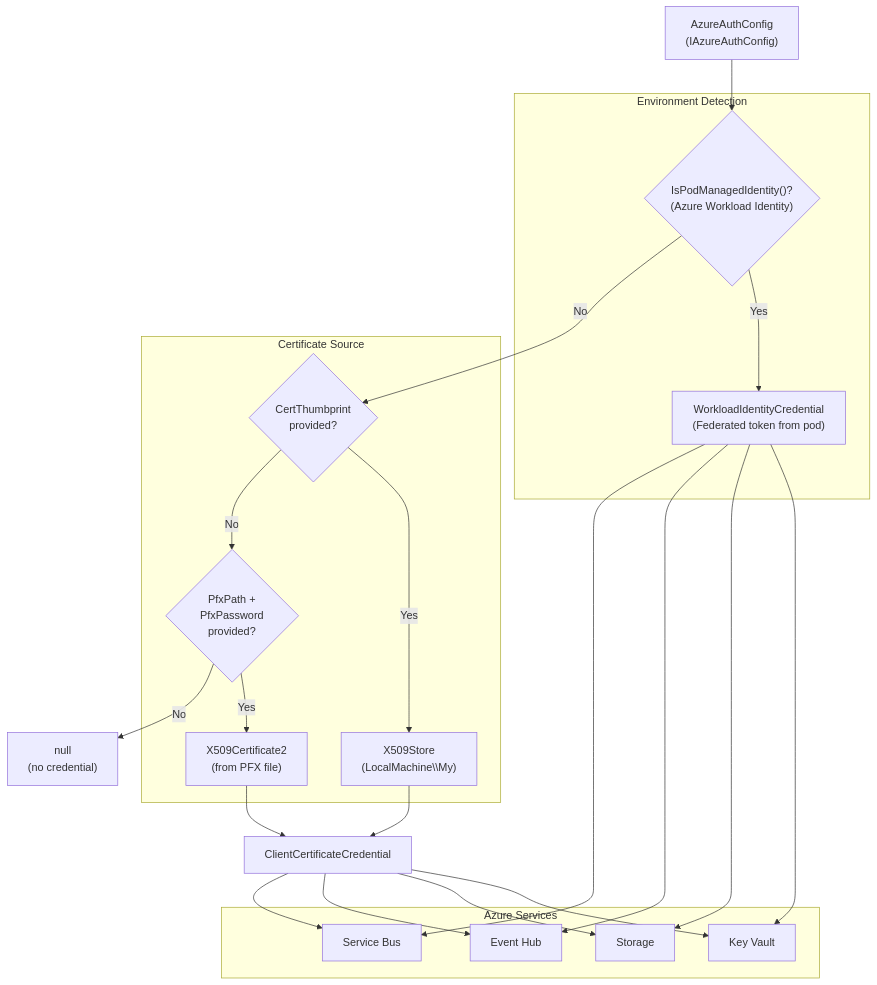
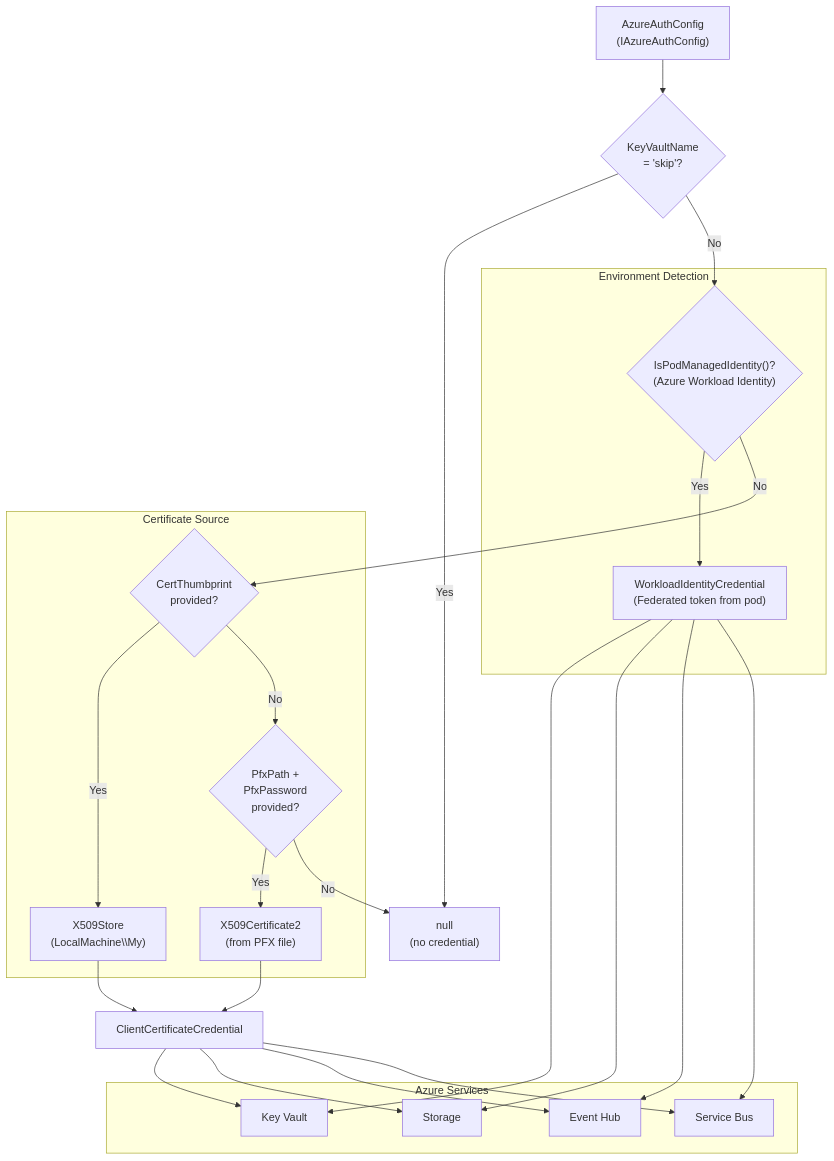
Before and after one commit to f2calv/CasCap.Api.Azure: the diagram in src/CasCap.Api.Azure.Auth/README.md, drawn with Mermaid. The commit also changed other lines of this file and 2 other files, not shown here.

````diff
--- a/src/CasCap.Api.Azure.Auth/README.md
+++ b/src/CasCap.Api.Azure.Auth/README.md
@@ -31,48 +46,50 @@
 ```mermaid
 flowchart TD
     CONFIG["AzureAuthConfig<br/>(IAzureAuthConfig)"]
 
     subgraph Detection["Environment Detection"]
         POD_CHECK{"IsPodManagedIdentity()?<br/>(Azure Workload Identity)"}
         WORKLOAD["WorkloadIdentityCredential<br/>(Federated token from pod)"]
     end
 
     subgraph CertificateSource["Certificate Source"]
         THUMBPRINT{"CertThumbprint<br/>provided?"}
         PFX{"PfxPath +<br/>PfxPassword<br/>provided?"}
         STORE["X509Store<br/>(LocalMachine\\My)"]
         FILE["X509Certificate2<br/>(from PFX file)"]
     end
 
     CREDENTIAL["ClientCertificateCredential"]
     NULL["null<br/>(no credential)"]
 
     subgraph AzureServices["Azure Services"]
         KV["Key Vault"]
         STORAGE["Storage"]
         EH["Event Hub"]
         SB["Service Bus"]
     end
 
-    CONFIG --> POD_CHECK
+    CONFIG --> SKIP_CHECK{"KeyVaultName<br/>= 'skip'?"}
+    SKIP_CHECK -->|"Yes"| NULL
+    SKIP_CHECK -->|"No"| POD_CHECK
     POD_CHECK -->|"Yes"| WORKLOAD
     POD_CHECK -->|"No"| THUMBPRINT
 
     THUMBPRINT -->|"Yes"| STORE
     THUMBPRINT -->|"No"| PFX
 
     PFX -->|"Yes"| FILE
     PFX -->|"No"| NULL
 
     STORE --> CREDENTIAL
     FILE --> CREDENTIAL
     WORKLOAD --> KV
     WORKLOAD --> STORAGE
     WORKLOAD --> EH
     WORKLOAD --> SB
 
     CREDENTIAL --> KV
     CREDENTIAL --> STORAGE
     CREDENTIAL --> EH
     CREDENTIAL --> SB
 ```
````
